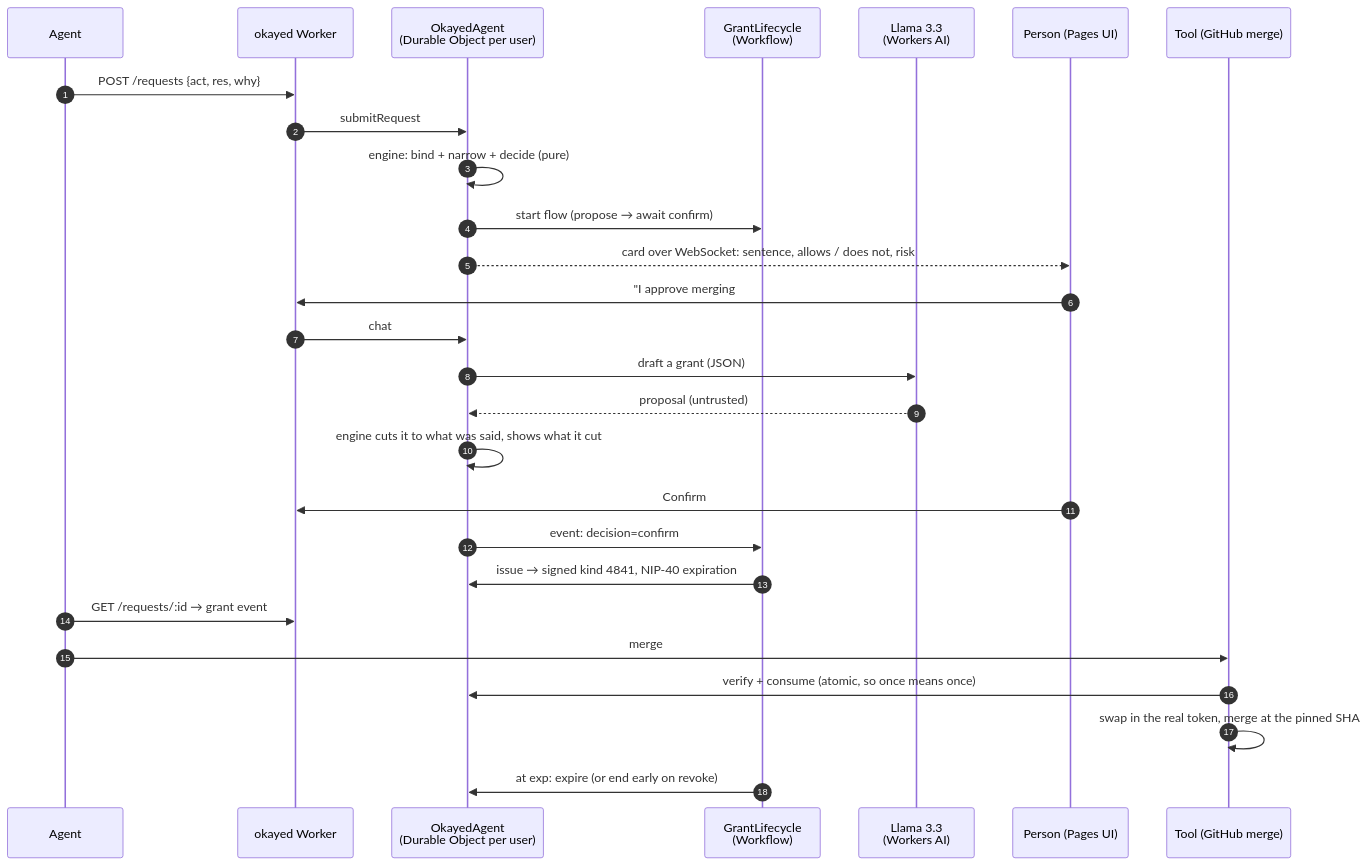
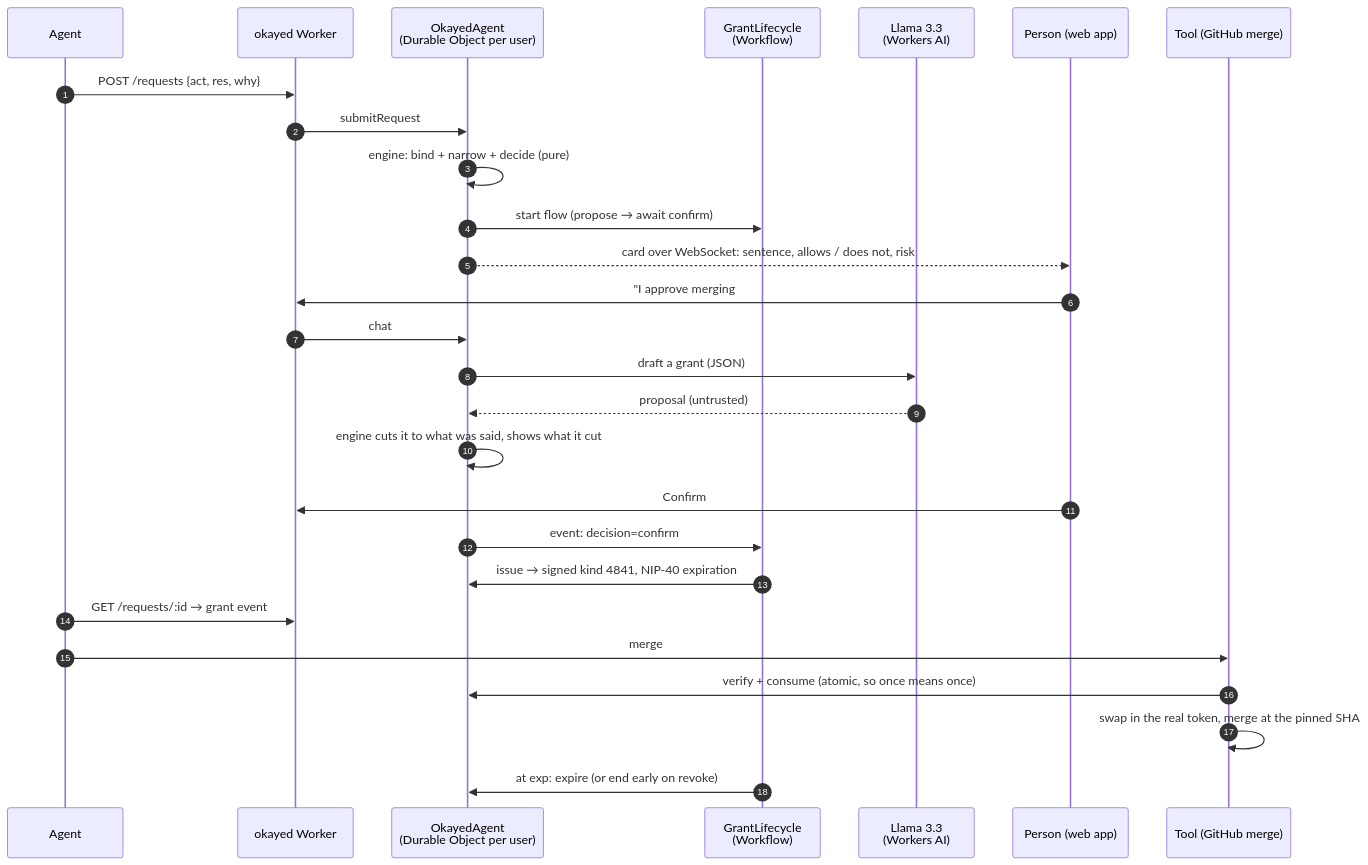
One commit to adrianmross/okayed changed the diagram in README.md. Above: the diagram before and after it, drawn with Mermaid. The commit also changed other lines of this file and 4 other files, not shown here.

````diff
--- a/README.md
+++ b/README.md
@@ -65,30 +76,30 @@
 ```mermaid
 sequenceDiagram
     autonumber
     participant A as Agent
     participant W as okayed Worker
     participant DO as OkayedAgent<br/>(Durable Object per user)
     participant WF as GrantLifecycle<br/>(Workflow)
     participant LLM as Llama 3.3<br/>(Workers AI)
-    participant P as Person (Pages UI)
+    participant P as Person (web app)
     participant T as Tool (GitHub merge)
 
     A->>W: POST /requests {act, res, why}
     W->>DO: submitRequest
     DO->>DO: engine: bind + narrow + decide (pure)
     DO->>WF: start flow (propose → await confirm)
     DO-->>P: card over WebSocket: sentence, allows / does not, risk
     P->>W: "I approve merging #182"
     W->>DO: chat
     DO->>LLM: draft a grant (JSON)
     LLM-->>DO: proposal (untrusted)
     DO->>DO: engine cuts it to what was said, shows what it cut
     P->>W: Confirm
     DO->>WF: event: decision=confirm
     WF->>DO: issue → signed kind 4841, NIP-40 expiration
     A->>W: GET /requests/:id → grant event
     A->>T: merge #182 with the grant
     T->>DO: verify + consume (atomic, so once means once)
     T->>T: swap in the real token, merge at the pinned SHA
     WF->>DO: at exp: expire (or end early on revoke)
 ```
````
